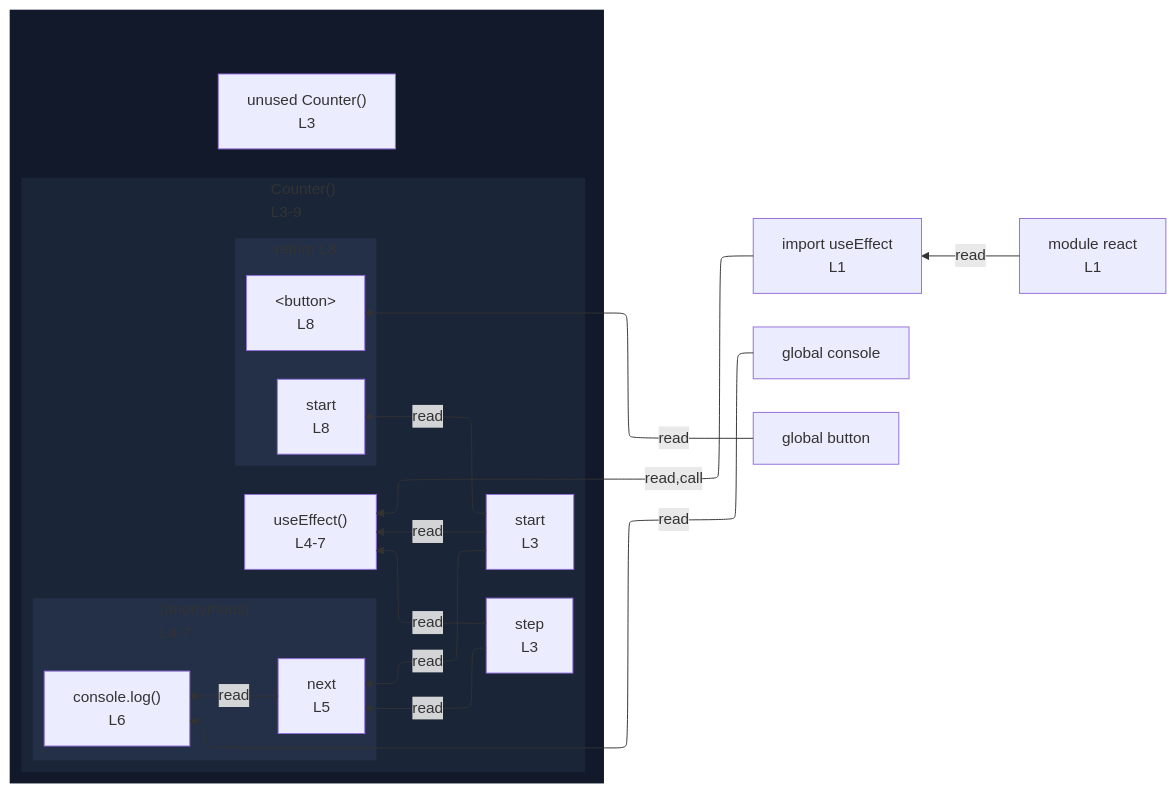
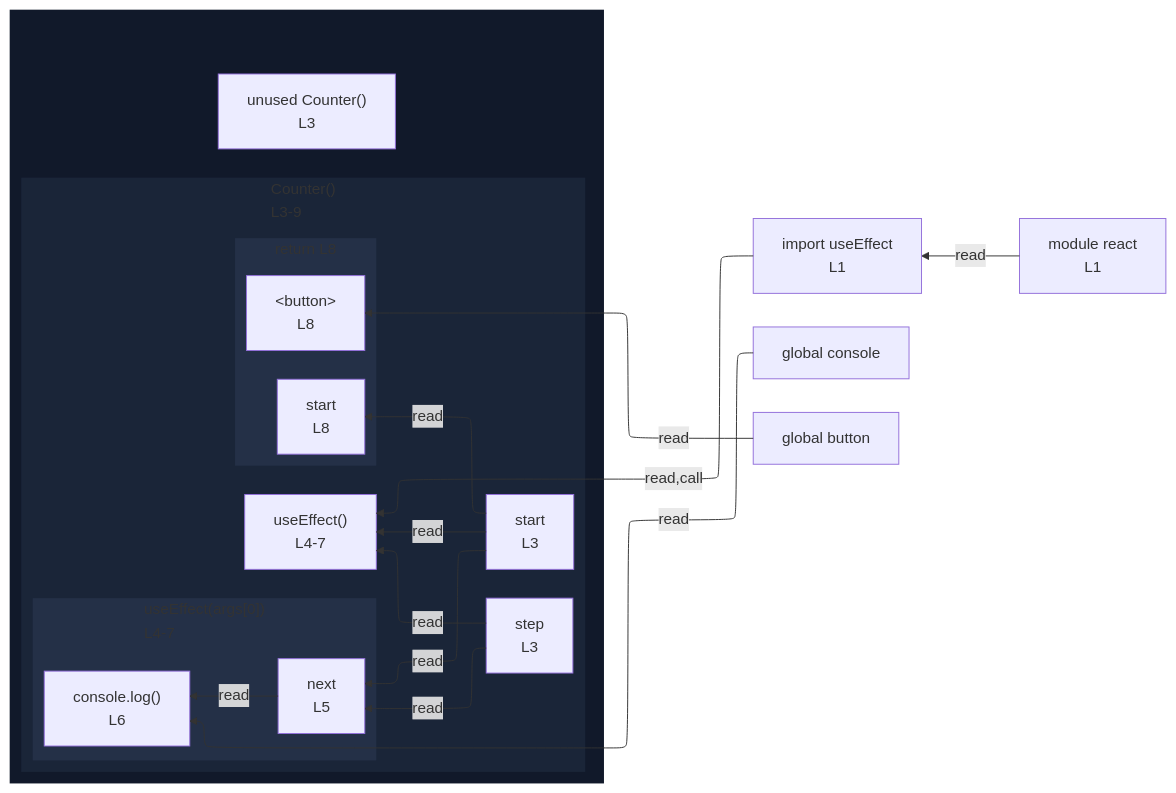
The diagram in integration/fixtures/app-behavior/plugin/react/use-effect/plugin-react/preview.md (crescware/unsnarl), drawn with Mermaid before and after one commit. The commit also changed 36 other files, not shown here.

````diff
--- a/integration/fixtures/app-behavior/plugin/react/use-effect/plugin-react/preview.md
+++ b/integration/fixtures/app-behavior/plugin/react/use-effect/plugin-react/preview.md
@@ -19,45 +19,45 @@
 ```mermaid
 %%{init: {"flowchart": {"defaultRenderer": "elk"}}}%%
 flowchart RL
   n_scope_0_useEffect_9["import useEffect<br/>L1"]
   n_scope_0_console_163["global console"]
   n_scope_0_button_213["global button"]
   subgraph wrap_s_scope_1[" "]
     direction TB
     n_scope_0_Counter_42["unused Counter()<br/>L3"]
     subgraph s_scope_1["Counter()<br/>L3-9"]
       direction RL
       n_scope_1_start_55["start<br/>L3"]
       n_scope_1_step_62["step<br/>L3"]
       expr_stmt_110["useEffect()<br/>L4-7"]
-      subgraph s_scope_2["(anonymous)<br/>L4-7"]
+      subgraph s_scope_2["useEffect(args[0])<br/>L4-7"]
         direction RL
         n_scope_2_next_138["next<br/>L5"]
         expr_stmt_163["console.log()<br/>L6"]
       end
       subgraph s_return_scope_0_Counter_42_205_237["return L8"]
         direction RL
         ret_use_ref_9["&lt;button&gt;<br/>L8"]
         ret_use_ref_10["start<br/>L8"]
       end
     end
   end
   n_scope_0_useEffect_9 -->|read,call| expr_stmt_110
   n_scope_1_start_55 -->|read| n_scope_2_next_138
   n_scope_1_step_62 -->|read| n_scope_2_next_138
   n_scope_0_console_163 -->|read| expr_stmt_163
   n_scope_2_next_138 -->|read| expr_stmt_163
   n_scope_1_start_55 -->|read| expr_stmt_110
   n_scope_1_step_62 -->|read| expr_stmt_110
   n_scope_0_button_213 -->|read| ret_use_ref_9
   n_scope_1_start_55 -->|read| ret_use_ref_10
   mod_react["module react<br/>L1"]
   mod_react -->|read| n_scope_0_useEffect_9
   classDef nestL1 fill:#11192a,stroke:transparent;
   class wrap_s_scope_1 nestL1;
   classDef nestL2 fill:#1a2538,stroke:transparent;
   class s_scope_1 nestL2;
   classDef nestL3 fill:#243047,stroke:transparent;
   class s_scope_2 nestL3;
   class s_return_scope_0_Counter_42_205_237 nestL3;
 ```
````
